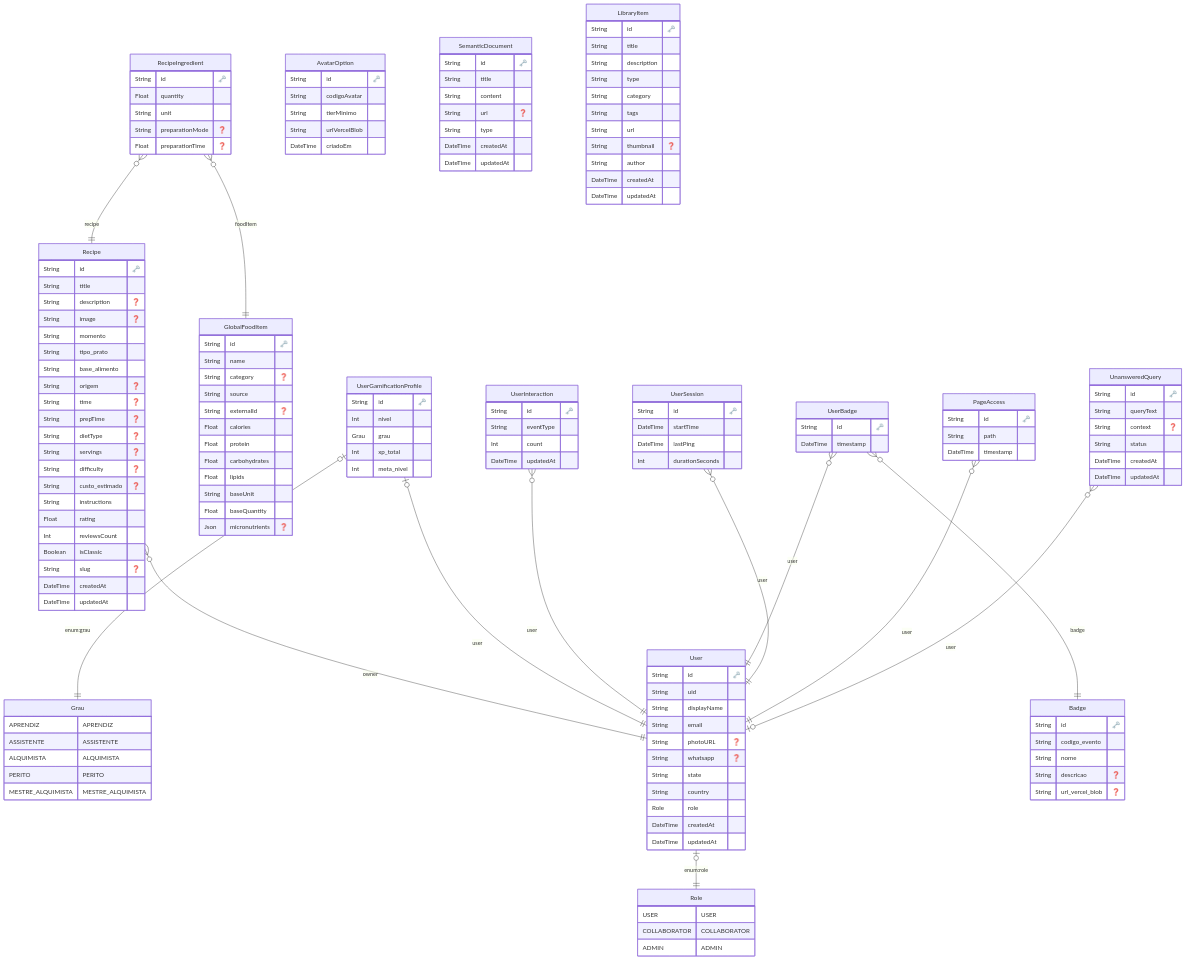
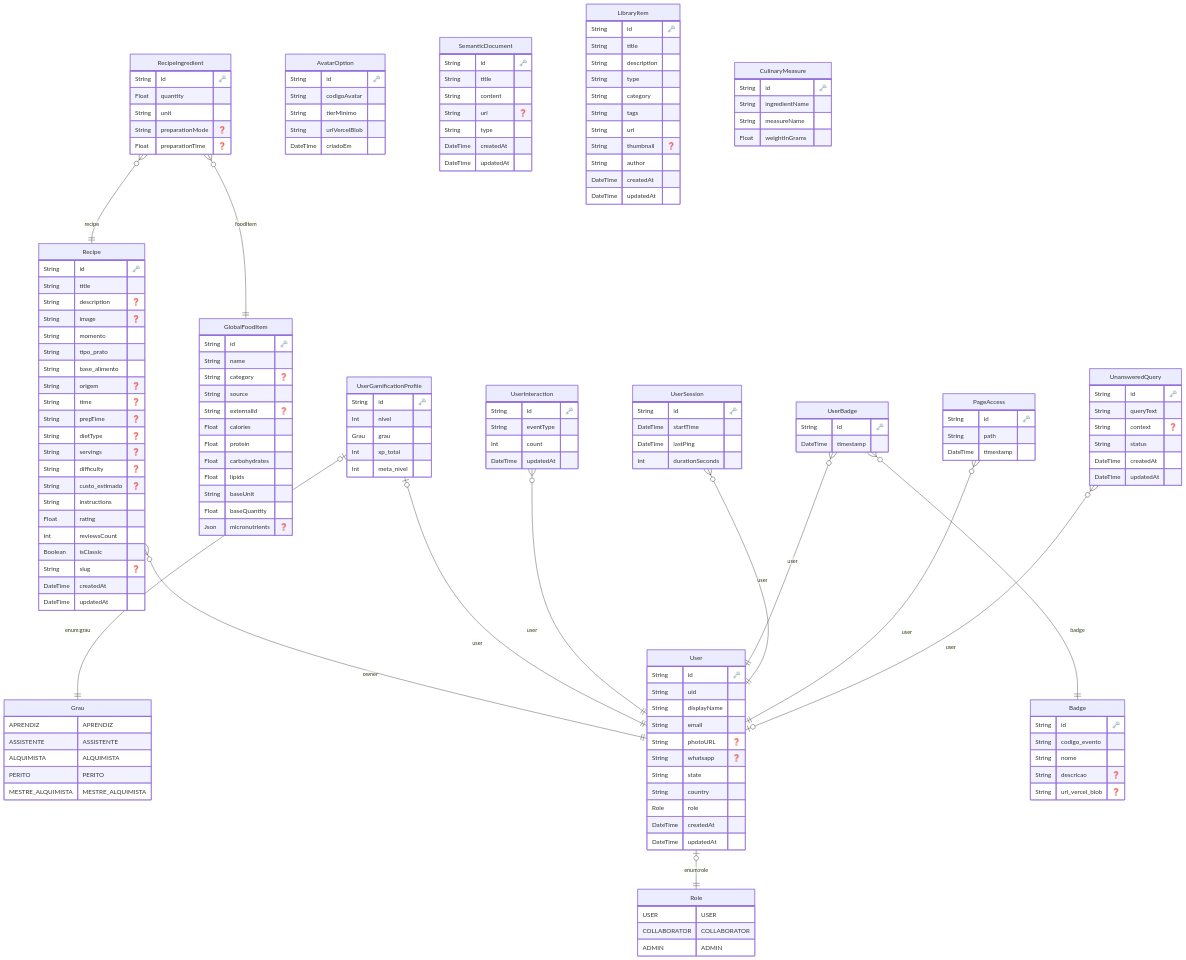
The diagram in specs/ERD.md (Sarge2024/alchemist), drawn with Mermaid before and after one commit. The commit also changed 3 other files, not shown here.

Commit message:
feat: implement culinary measure conversion engine with database-backed weight normalization and CSV import script

```diff
--- a/specs/ERD.md
+++ b/specs/ERD.md
@@ -173,6 +173,14 @@
     DateTime updatedAt 
     }
   
+
+  "CulinaryMeasure" {
+    String id "🗝️"
+    String ingredientName 
+    String measureName 
+    Float weightInGrams 
+    }
+  
     "User" |o--|| "Role" : "enum:role"
     "Recipe" }o--|| "User" : "owner"
     "RecipeIngredient" }o--|| "Recipe" : "recipe"
```
